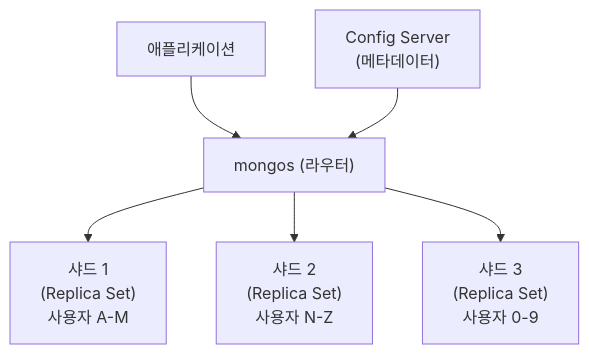
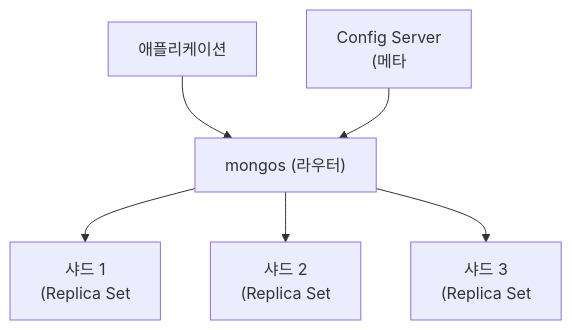
Before and after one commit to yjkim2015/yjkim2015.github.io: the sixth of 7 diagrams in _posts/nosql/2026-05-02-mongodb-deep.md, drawn with Mermaid. The commit also changed other lines of this file and 271 other files, not shown here.

First line of the commit message:
Mermaid 라벨 축소: 긴 노드 텍스트 18자 이하로 트림 + \n 제거

````diff
--- a/_posts/nosql/2026-05-02-mongodb-deep.md
+++ b/_posts/nosql/2026-05-02-mongodb-deep.md
@@ -303,8 +303,8 @@
 ```mermaid
 graph TD
     Client["애플리케이션"] --> MongosRouter["mongos (라우터)"]
-    MongosRouter --> Shard1["샤드 1\n(Replica Set)\n사용자 A-M"]
-    MongosRouter --> Shard2["샤드 2\n(Replica Set)\n사용자 N-Z"]
-    MongosRouter --> Shard3["샤드 3\n(Replica Set)\n사용자 0-9"]
-    ConfigServer["Config Server\n(메타데이터)"] --> MongosRouter
+    MongosRouter --> Shard1["샤드 1\n(Replica Set"]
+    MongosRouter --> Shard2["샤드 2\n(Replica Set"]
+    MongosRouter --> Shard3["샤드 3\n(Replica Set"]
+    ConfigServer["Config Server\n(메타"] --> MongosRouter
 ```
````
